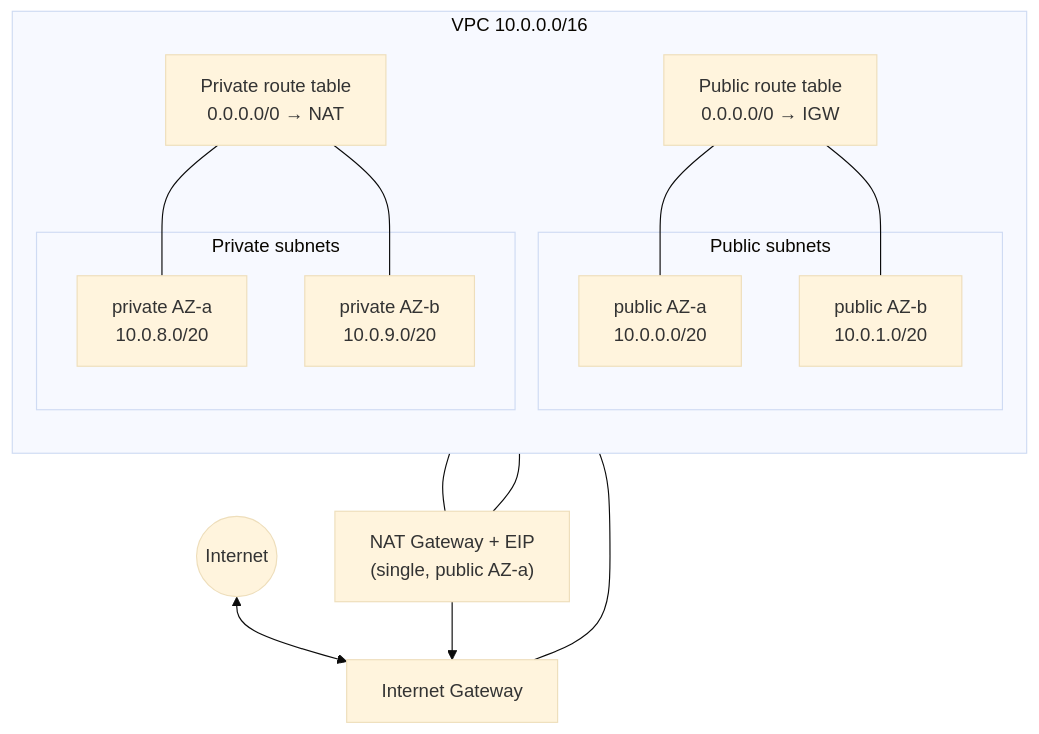
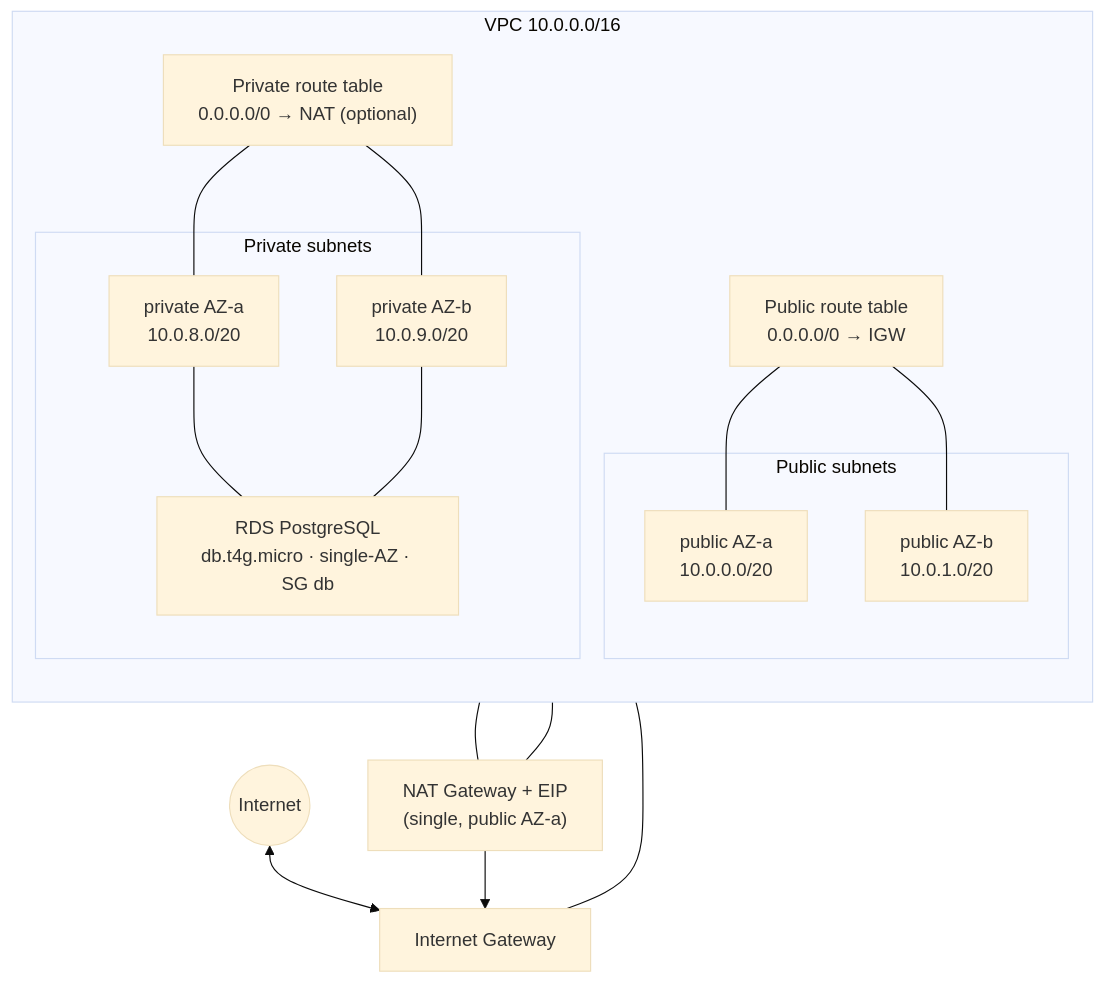
One commit to mazarsju/teacher-wang-infra changed the second of 6 diagrams in docs/architecture.md. Above: the diagram before and after it, drawn with Mermaid (base theme). The commit also changed other lines of this file and 7 other files, not shown here.

````diff
--- a/docs/architecture.md
+++ b/docs/architecture.md
@@ -32,34 +32,37 @@
 ```mermaid
 flowchart TB
   Internet((Internet))
 
   IGW[Internet Gateway]
   NAT["NAT Gateway + EIP<br/>(single, public AZ-a)"]
 
   subgraph VPC["VPC 10.0.0.0/16"]
     direction TB
 
     subgraph Public["Public subnets"]
       PubA["public AZ-a<br/>10.0.0.0/20"]
       PubB["public AZ-b<br/>10.0.1.0/20"]
     end
 
     subgraph Private["Private subnets"]
       PrivA["private AZ-a<br/>10.0.8.0/20"]
       PrivB["private AZ-b<br/>10.0.9.0/20"]
+      RDS["RDS PostgreSQL<br/>db.t4g.micro · single-AZ · SG db"]
     end
 
     RTPub["Public route table<br/>0.0.0.0/0 → IGW"]
-    RTPriv["Private route table<br/>0.0.0.0/0 → NAT"]
+    RTPriv["Private route table<br/>0.0.0.0/0 → NAT (optional)"]
   end
 
   Internet <--> IGW
   IGW --- RTPub
   RTPub --- PubA
   RTPub --- PubB
   PubA --- NAT
   NAT --- RTPriv
   RTPriv --- PrivA
   RTPriv --- PrivB
+  PrivA --- RDS
+  PrivB --- RDS
   NAT --> IGW
 ```
````
